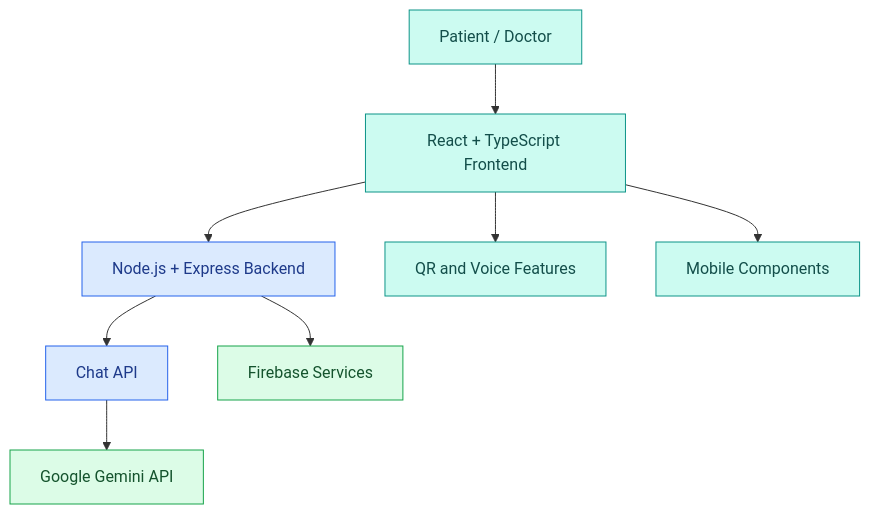
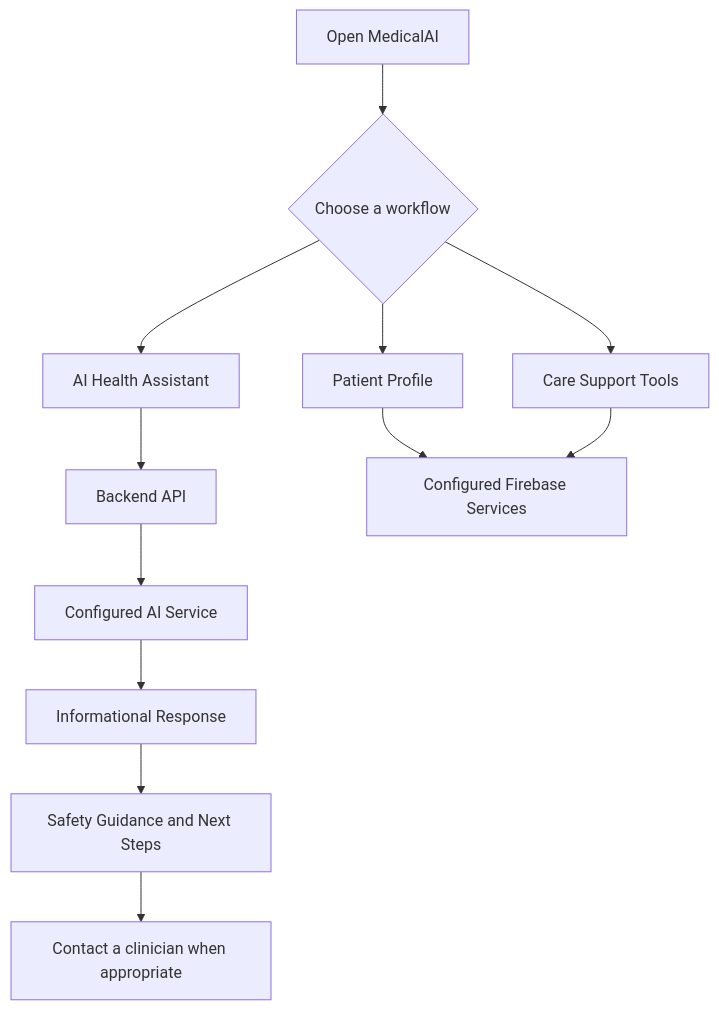
Before and after one commit to uiaryanyadav1109-dev/MedicalAI: the first of 2 diagrams in README.md, drawn with Mermaid. The commit also changed other lines of this file, not shown here.

````diff
--- a/README.md
+++ b/README.md
@@ -122,18 +55,14 @@
 ```mermaid
 flowchart TD
-    A["Patient / Doctor"] --> B["React + TypeScript Frontend"]
-    B --> C["Node.js + Express Backend"]
-    C --> D["Chat API"]
-    D --> E["Google Gemini API"]
-    C --> F["Firebase Services"]
-    B --> G["QR and Voice Features"]
-    B --> H["Mobile Components"]
-
-    classDef frontend fill:#CCFBF1,stroke:#0D9488,color:#134E4A
-    classDef backend fill:#DBEAFE,stroke:#2563EB,color:#1E3A8A
-    classDef services fill:#DCFCE7,stroke:#16A34A,color:#14532D
-
-    class A,B,G,H frontend
-    class C,D backend
-    class E,F services
+    A[Open MedicalAI] --> B{Choose a workflow}
+    B --> C[AI Health Assistant]
+    B --> D[Patient Profile]
+    B --> E[Care Support Tools]
+    C --> F[Backend API]
+    F --> G[Configured AI Service]
+    G --> H[Informational Response]
+    H --> I[Safety Guidance and Next Steps]
+    D --> J[Configured Firebase Services]
+    E --> J
+    I --> K[Contact a clinician when appropriate]
 ```
````
